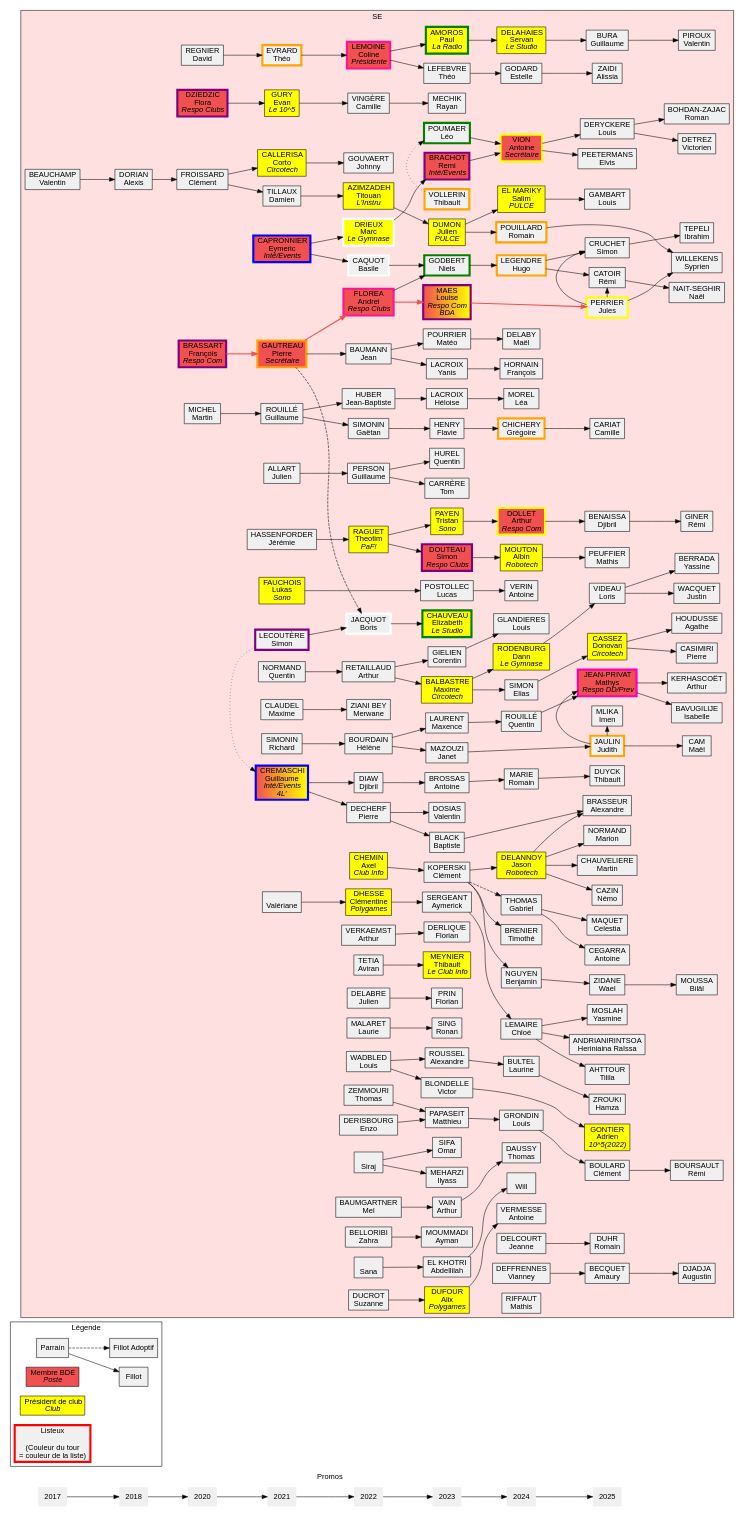
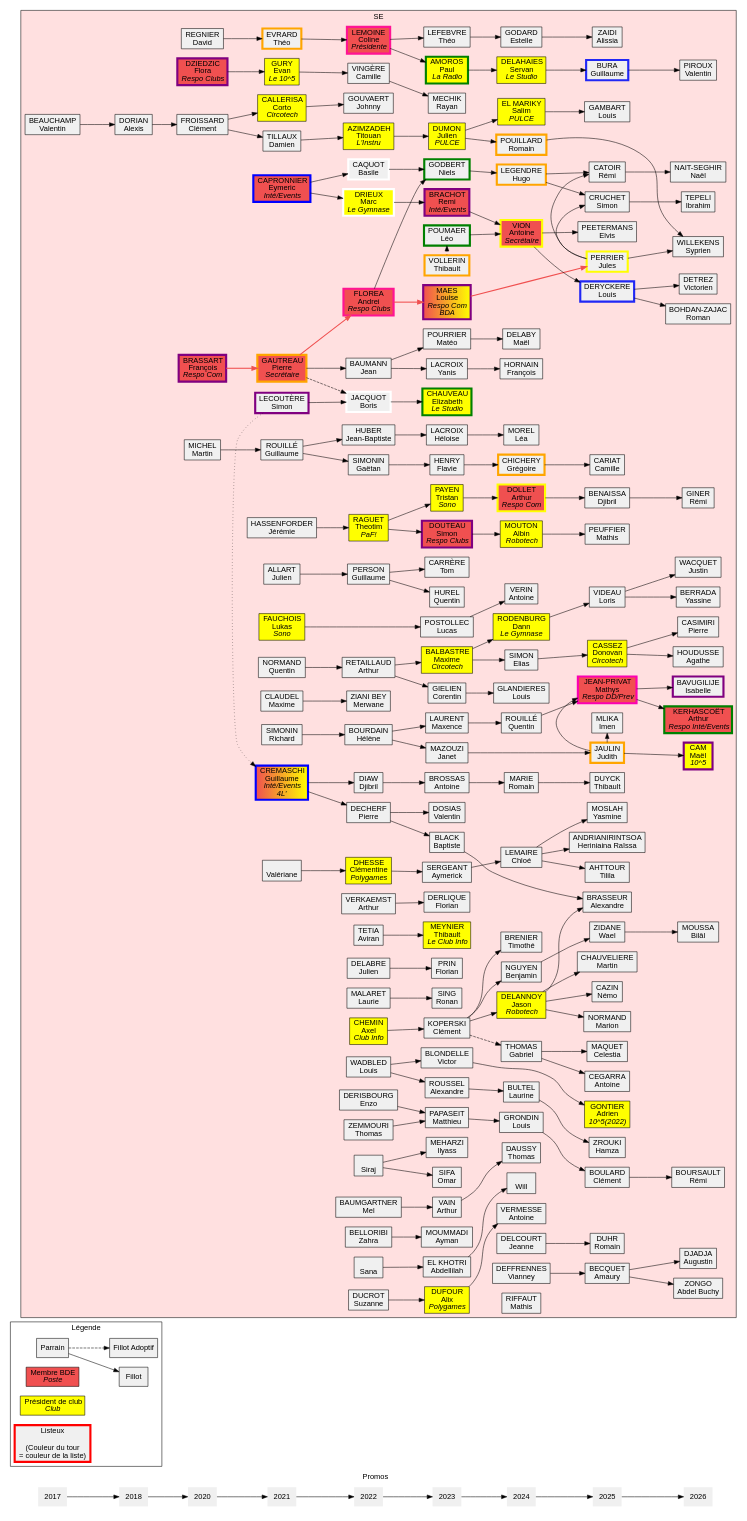
Before and after one commit to Scruchet/poly_gen: the diagram in se.dot, drawn with Graphviz. The commit also changed 16 other files, not shown here.

```diff
--- a/se.dot
+++ b/se.dot
@@ -20,7 +20,7 @@
 		color = none;
 		node [shape = none];
 
-		"2017" -> "2018" -> "2020" -> "2021" -> "2022" -> "2023" -> "2024" -> "2025";
+		"2017" -> "2018" -> "2020" -> "2021" -> "2022" -> "2023" -> "2024" -> "2025" -> "2026";
 	}
     subgraph cluster_legende {
 		label = "Légende";
@@ -307,7 +307,7 @@
                 abecquet	[label = "BECQUET\nAmaury"];
                 dbenaissa	[label = "BENAISSA\nDjibril"];
                 cboulard	[label = "BOULARD\nClément"];
-                gbura	[label = "BURA\nGuillaume"];
+                gbura	[label = "BURA\nGuillaume" penwidth=4 color="#2128f5"];
                 ccariat	[label = "CARIAT\nCamille"];
                 dcassez	[label =<CASSEZ<BR/>Donovan<BR/><I>Circotech</I>> fillcolor="yellow"];
                 rcatoir		[label = "CATOIR\nRémi"];
@@ -315,7 +315,7 @@
                 acegarra	[label = "CEGARRA\nAntoine"];
                 mchauveliere		[label = "CHAUVELIERE\nMartin"];
                 scruchet	[label = "CRUCHET\nSimon"];
-                lderyckere	[label = "DERYCKERE\nLouis"];
+                lderyckere	[label = "DERYCKERE\nLouis" penwidth=4 color="#2128f5"];
                 rduhr		[label = "DUHR\nRomain"];
                 tduyck		[label = "DUYCK\nThibault"];
                 lgambart	[label = "GAMBART\nLouis"];
@@ -378,16 +378,17 @@
 				rginer	   [label = "GINER\nRémi"];
 				bmoussa	   [label = "MOUSSA\nBilâl"];
 				rboursault [label = "BOURSAULT\nRémi"];
-				mcam       [label = "CAM\nMaël"];
+				mcam       [label =<CAM<BR/>Maël<BR/><I>10^5</I>> penwidth=4 color="purple" fillcolor="yellow"];
 				jwacquet   [label = "WACQUET\nJustin"];
 				yberrada   [label = "BERRADA\nYassine"];
 				vdetrez    [label = "DETREZ\nVictorien"];
 				rbohdan    [label = "BOHDAN-ZAJAC\nRoman"];
-				bisabelle  [label = "BAVUGILIJE\nIsabelle"];
-				akerhasco  [label = "KERHASCOËT\nArthur"];
+				bisabelle  [label = "BAVUGILIJE\nIsabelle" penwidth=4 color="purple"];
+				akerhasco  [label = <KERHASCOËT<BR/>Arthur<BR/><I>Respo Inté/Events</I>> fillcolor="#f05050" penwidth=4 color="green"];
 				itepeli    [label = "TEPELI\nIbrahim"];
 				adjadja    [label = "DJADJA\nAugustin"];
-				swillekens	[label = "WILLEKENS\nSyprien"];
+				swillekens [label = "WILLEKENS\nSyprien"];
+				azongo	   [label = "ZONGO\nAbdel Buchy"];
 				}
 				dcassez->pcasimiri;
 				dcassez->ahoudusse;
@@ -405,9 +406,9 @@
 				mjeanprivat->akerhasco;
 				scruchet->itepeli;
 				abecquet->adjadja;
+				abecquet->azongo;
 				julesperr->swillekens;
 				romainpou->swillekens;				
     }
-	
-	
+		
 }
```
